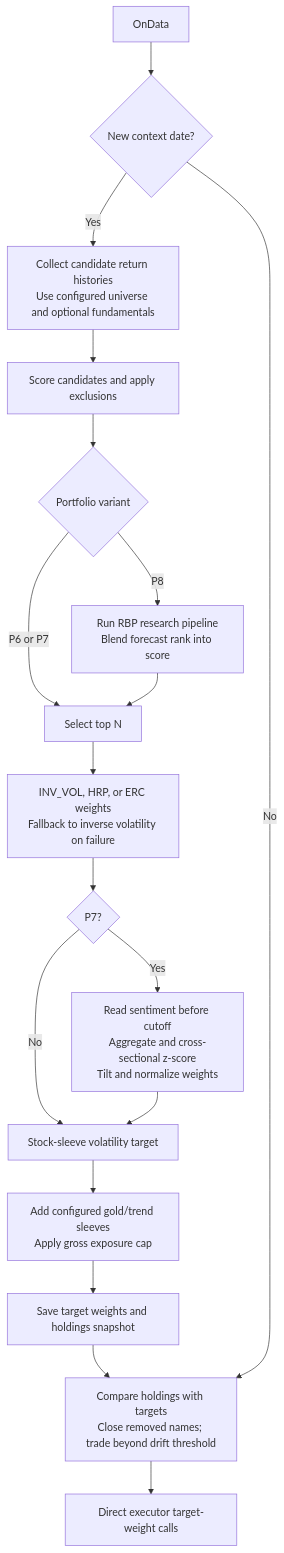
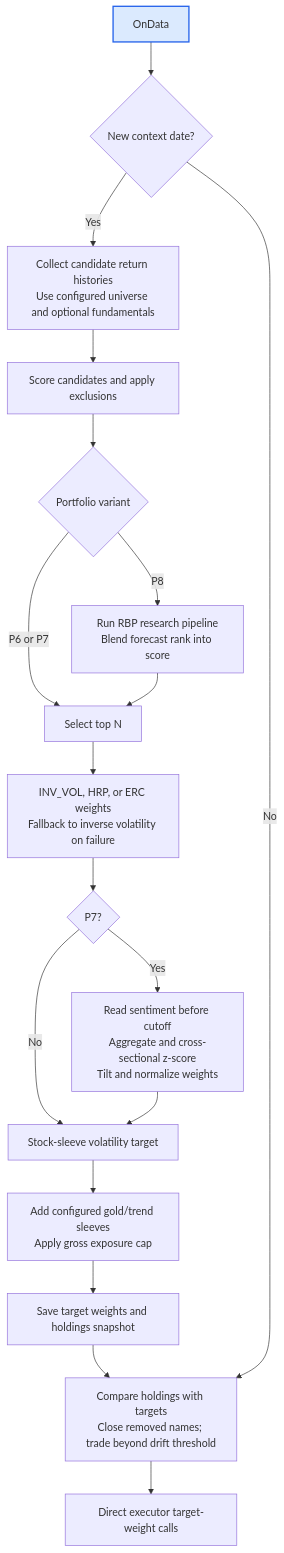
The fourth of 4 diagrams in src/portfolios/README.md (MUNQuantSociety/MQSMaster), drawn with Mermaid before and after one commit. The commit also changed other lines of this file and 12 other files, not shown here.

Commit message:
docs: make workflow diagrams top-down hierarchies

````diff
--- a/src/portfolios/README.md
+++ b/src/portfolios/README.md
@@ -128,20 +123,21 @@
 ```mermaid
 flowchart TD
     CALL["OnData"] --> DAY{"New context date?"}
     DAY -->|Yes| HISTORY["Collect candidate return histories<br/>Use configured universe and optional fundamentals"]
     HISTORY --> SCREEN["Score candidates and apply exclusions"]
     SCREEN --> VARIANT{"Portfolio variant"}
     VARIANT -->|P6 or P7| SELECT["Select top N"]
     VARIANT -->|P8| RBP["Run RBP research pipeline<br/>Blend forecast rank into score"]
     RBP --> SELECT
     SELECT --> WEIGHTS["INV_VOL, HRP, or ERC weights<br/>Fallback to inverse volatility on failure"]
     WEIGHTS --> P7{"P7?"}
     P7 -->|Yes| NEWS["Read sentiment before cutoff<br/>Aggregate and cross-sectional z-score<br/>Tilt and normalize weights"]
     P7 -->|No| SCALE["Stock-sleeve volatility target"]
     NEWS --> SCALE
     SCALE --> HEDGE["Add configured gold/trend sleeves<br/>Apply gross exposure cap"]
     HEDGE --> SAVE["Save target weights and holdings snapshot"]
     SAVE --> EXEC["Compare holdings with targets<br/>Close removed names; trade beyond drift threshold"]
     DAY -->|No| EXEC
     EXEC --> DIRECT["Direct executor target-weight calls"]
+    style CALL fill:#dbeafe,stroke:#2563eb,stroke-width:2px
 ```
````
